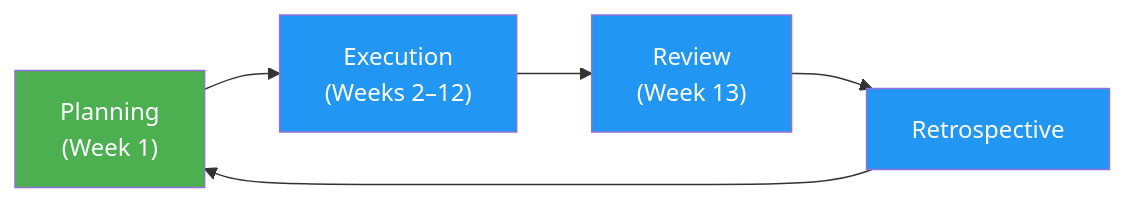
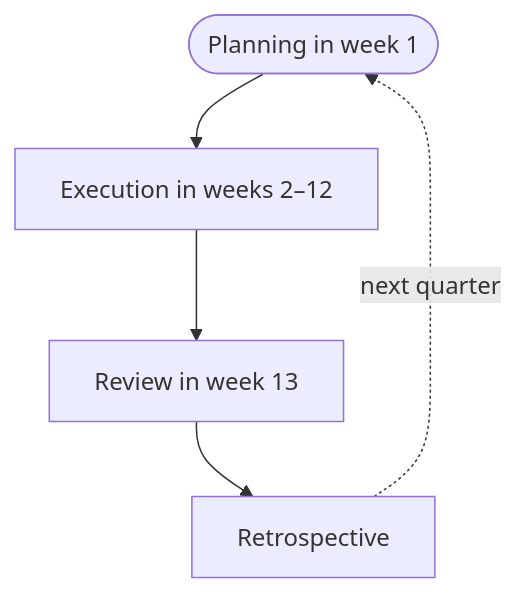
Before and after one commit to ultralytics/handbook: the diagram in docs/en/goals/okrs.md, drawn with Mermaid. The commit also changed 16 other files, not shown here.

First line of the commit message:
Migrate handbook Mermaid diagrams to the unified design system

````diff
--- a/docs/en/goals/okrs.md
+++ b/docs/en/goals/okrs.md
@@ -46,10 +46,7 @@
 ```mermaid
-graph LR
-    A["Planning\n(Week 1)"]:::start --> B["Execution\n(Weeks 2–12)"]:::proc
-    B --> C["Review\n(Week 13)"]:::proc
-    C --> D[Retrospective]:::proc
-    D --> A
-
-    classDef start fill:#4CAF50,color:#fff
-    classDef proc fill:#2196F3,color:#fff
+flowchart TD
+    A([Planning in week 1]) --> B["Execution in weeks 2–12"]
+    B --> C[Review in week 13]
+    C --> D[Retrospective]
+    D -.->|next quarter| A
 ```
````
